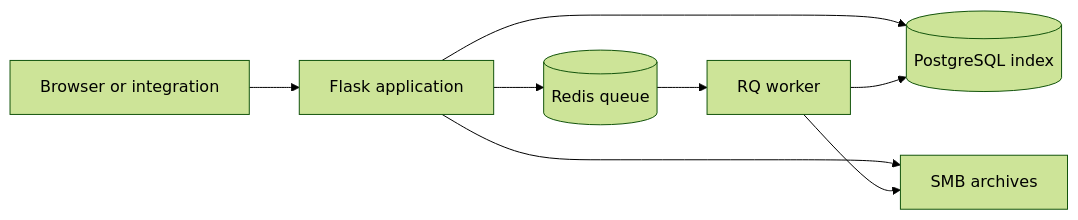
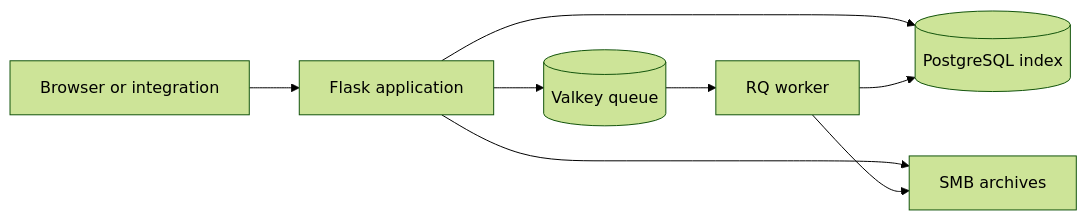
The diagram in README.md (aa-dank/archives_app), drawn with Mermaid (forest theme) before and after one commit. The commit also changed other lines of this file and 32 other files, not shown here.

Commit message:
Replace Redis with Valkey and upgrade redis-py

````diff
--- a/README.md
+++ b/README.md
@@ -29,10 +29,10 @@
 ```mermaid
 flowchart LR
     Client[Browser or integration] --> App[Flask application]
     App --> DB[(PostgreSQL index)]
     App --> Files[SMB archives]
-    App --> Queue[(Redis queue)]
+    App --> Queue[(Valkey queue)]
     Queue --> Worker[RQ worker]
     Worker --> DB
     Worker --> Files
 ```
````
